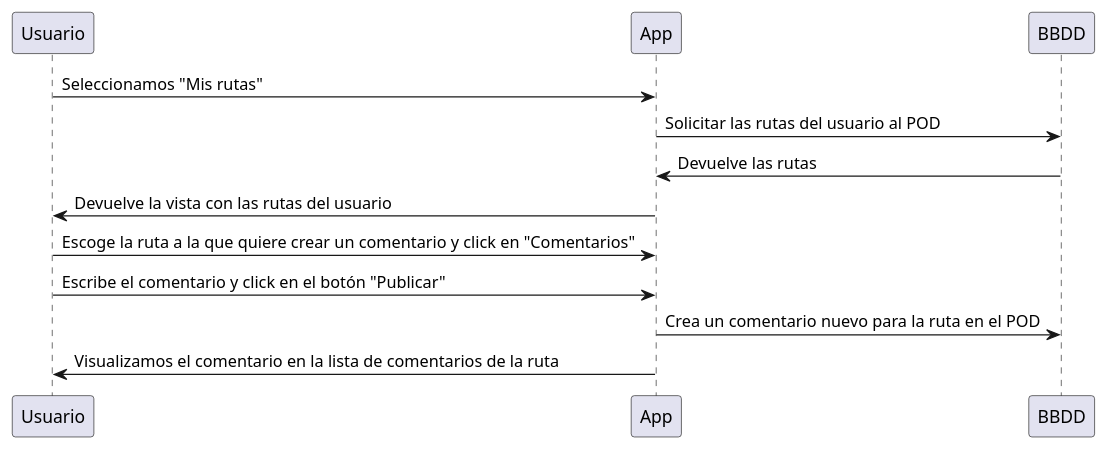
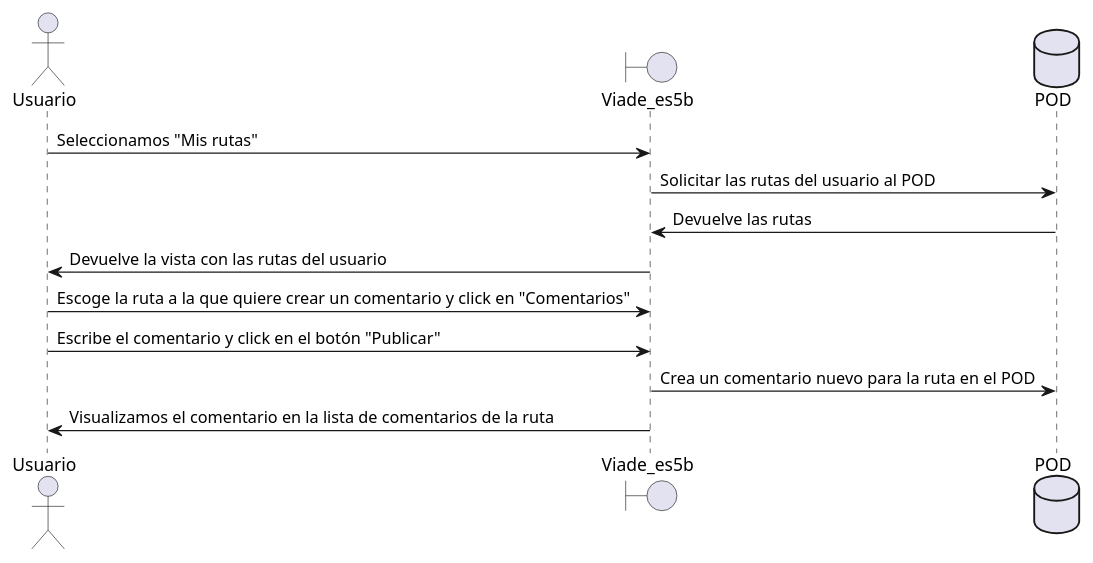
One commit to Arquisoft/viade_es5b changed the ninth of 16 diagrams in src/docs/06_runtime_view.adoc. Above: the diagram before and after it, drawn with PlantUML. The commit also changed other lines of this file, not shown here.

Commit message:
Cambios a partir del escenario 1

```diff
--- a/src/docs/06_runtime_view.adoc
+++ b/src/docs/06_runtime_view.adoc
@@ -212,11 +237,14 @@
 [plantuml,"DiagramaComentarRuta",png]
 ----
-Usuario -> App: Seleccionamos "Mis rutas"
-App -> BBDD : Solicitar las rutas del usuario al POD
-BBDD -> App: Devuelve las rutas
-App -> Usuario: Devuelve la vista con las rutas del usuario
-Usuario -> App: Escoge la ruta a la que quiere crear un comentario y click en "Comentarios"
-Usuario -> App: Escribe el comentario y click en el botón "Publicar"
-App -> BBDD: Crea un comentario nuevo para la ruta en el POD
-App -> Usuario: Visualizamos el comentario en la lista de comentarios de la ruta
+actor Usuario
+boundary Viade_es5b
+database POD
+Usuario -> Viade_es5b: Seleccionamos "Mis rutas"
+Viade_es5b -> POD : Solicitar las rutas del usuario al POD
+POD -> Viade_es5b: Devuelve las rutas
+Viade_es5b -> Usuario: Devuelve la vista con las rutas del usuario
+Usuario -> Viade_es5b: Escoge la ruta a la que quiere crear un comentario y click en "Comentarios"
+Usuario -> Viade_es5b: Escribe el comentario y click en el botón "Publicar"
+Viade_es5b -> POD: Crea un comentario nuevo para la ruta en el POD
+Viade_es5b -> Usuario: Visualizamos el comentario en la lista de comentarios de la ruta
 ----
```
